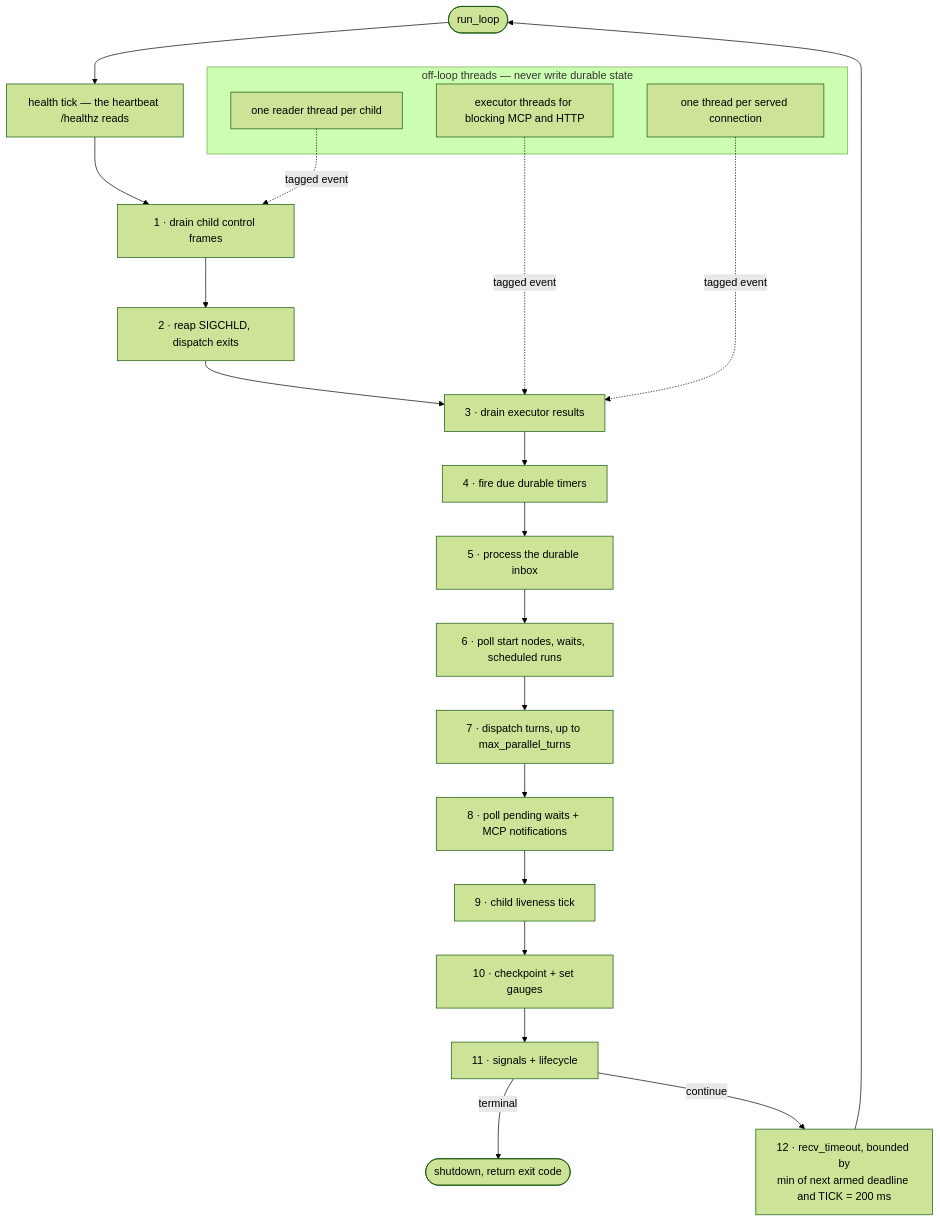
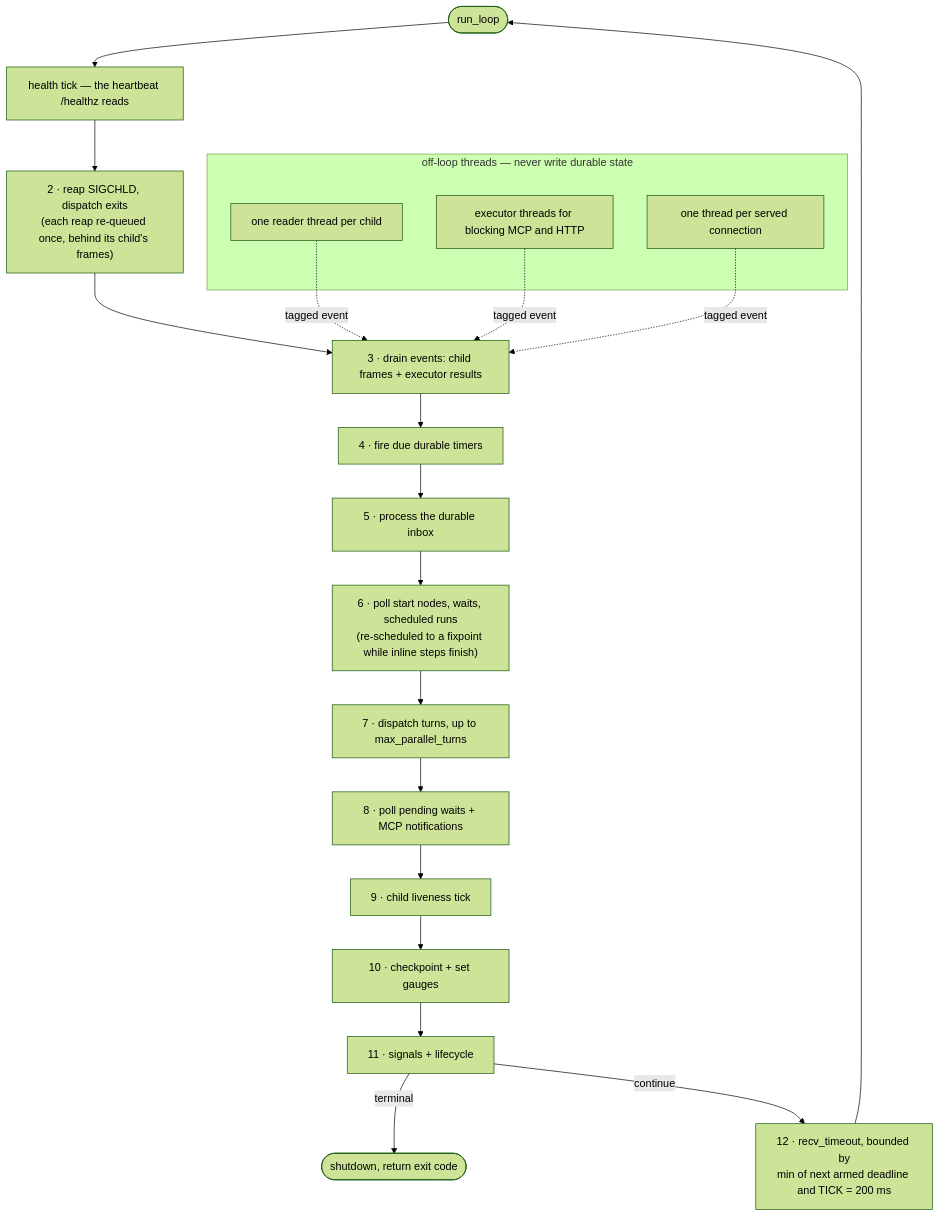
Before and after one commit to agentd-dev/source-code: the second of 2 diagrams in docs/architecture.md, drawn with Mermaid (forest theme). The commit also changed other lines of this file and 58 other files, not shown here.

````diff
--- a/docs/architecture.md
+++ b/docs/architecture.md
@@ -129,27 +129,26 @@
 ```mermaid
 flowchart TD
   START(["run_loop"]) --> H["health tick — the heartbeat /healthz reads"]
-  H --> C1["1 · drain child control frames"]
-  C1 --> C2["2 · reap SIGCHLD, dispatch exits"]
-  C2 --> C3["3 · drain executor results"]
+  H --> C2["2 · reap SIGCHLD, dispatch exits<br/>(each reap re-queued once, behind its child's frames)"]
+  C2 --> C3["3 · drain events: child frames + executor results"]
   C3 --> C4["4 · fire due durable timers"]
   C4 --> C5["5 · process the durable inbox"]
-  C5 --> C6["6 · poll start nodes, waits, scheduled runs"]
+  C5 --> C6["6 · poll start nodes, waits, scheduled runs<br/>(re-scheduled to a fixpoint while inline steps finish)"]
   C6 --> C7["7 · dispatch turns, up to max_parallel_turns"]
   C7 --> C8["8 · poll pending waits + MCP notifications"]
   C8 --> C9["9 · child liveness tick"]
   C9 --> C10["10 · checkpoint + set gauges"]
   C10 --> C11["11 · signals + lifecycle"]
   C11 -->|terminal| EXIT(["shutdown, return exit code"])
   C11 -->|continue| WAIT["12 · recv_timeout, bounded by<br/>min of next armed deadline and TICK = 200 ms"]
   WAIT --> START
 
   subgraph off["off-loop threads — never write durable state"]
     RT["one reader thread per child"]
     EX["executor threads for blocking MCP and HTTP"]
     CONN["one thread per served connection"]
   end
-  RT -. "tagged event" .-> C1
+  RT -. "tagged event" .-> C3
   EX -. "tagged event" .-> C3
   CONN -. "tagged event" .-> C3
 ```
````
